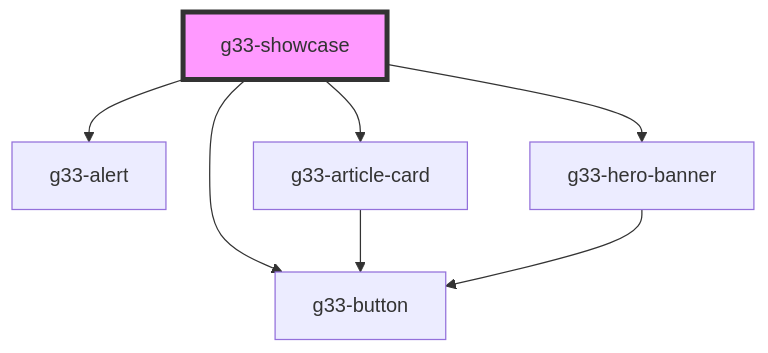
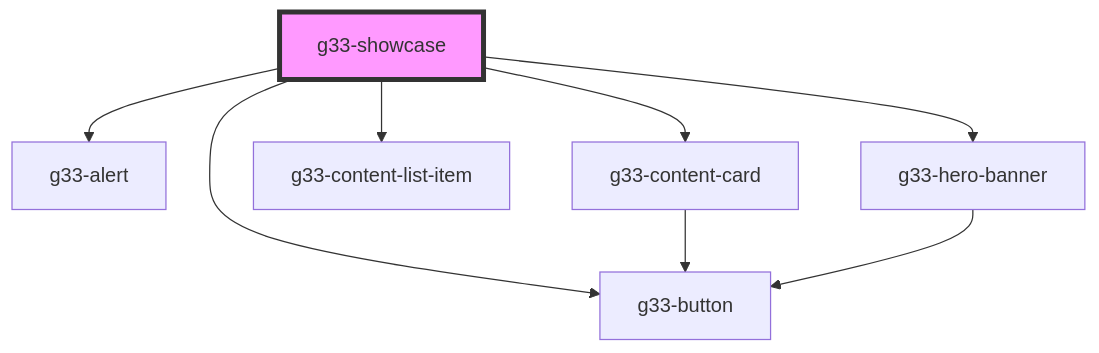
One commit to juliencap/g33-stencil-design-system changed the diagram in src/components/g33-showcase/readme.md. Above: the diagram before and after it, drawn with Mermaid. The commit also changed other lines of this file and 54 other files, not shown here.

Commit message:
feat: add content list item and harmonize content components

````diff
--- a/src/components/g33-showcase/readme.md
+++ b/src/components/g33-showcase/readme.md
@@ -18,10 +19,11 @@
 ```mermaid
 graph TD;
   g33-showcase --> g33-button
   g33-showcase --> g33-alert
-  g33-showcase --> g33-article-card
+  g33-showcase --> g33-content-card
+  g33-showcase --> g33-content-list-item
   g33-showcase --> g33-hero-banner
-  g33-article-card --> g33-button
+  g33-content-card --> g33-button
   g33-hero-banner --> g33-button
   style g33-showcase fill:#f9f,stroke:#333,stroke-width:4px
 ```
````
